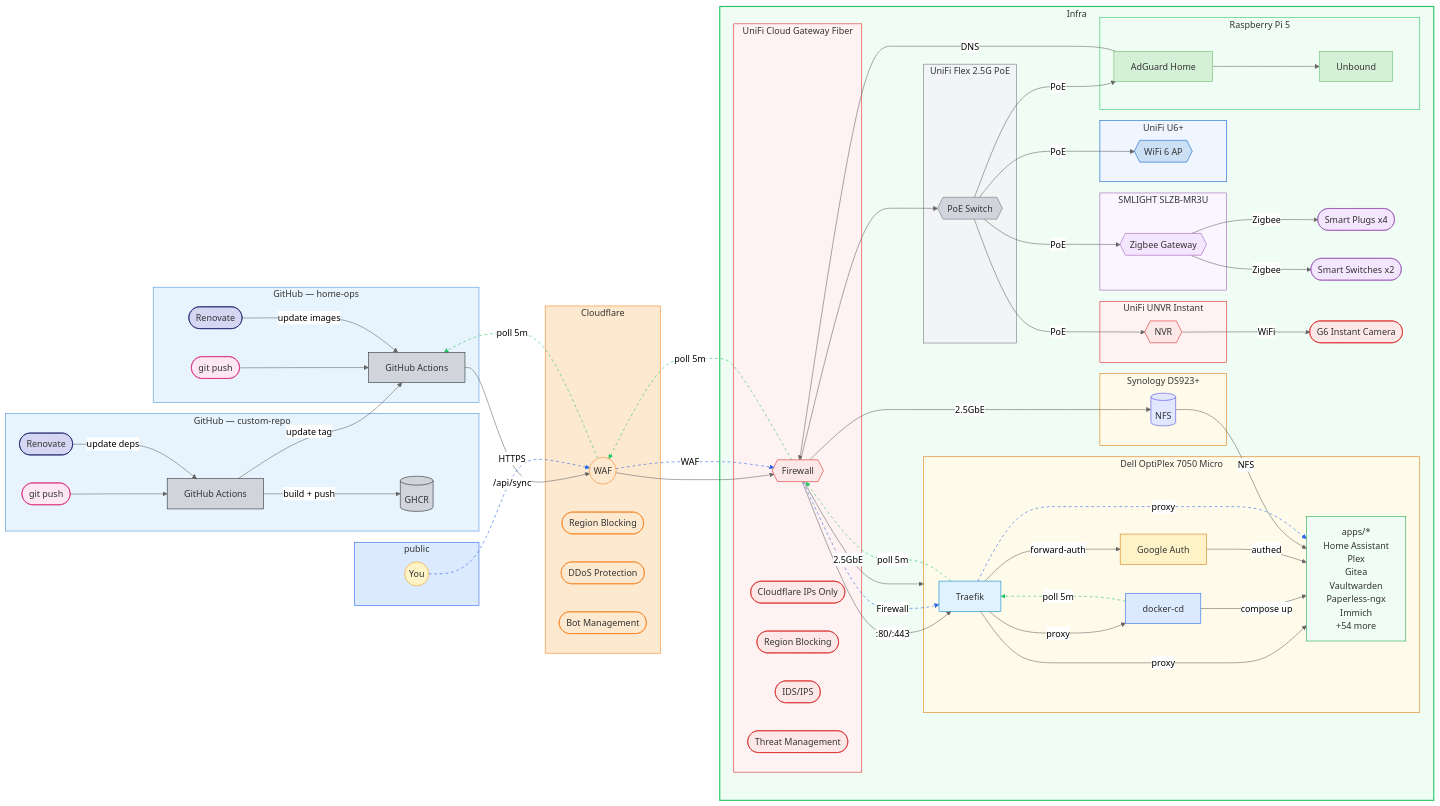
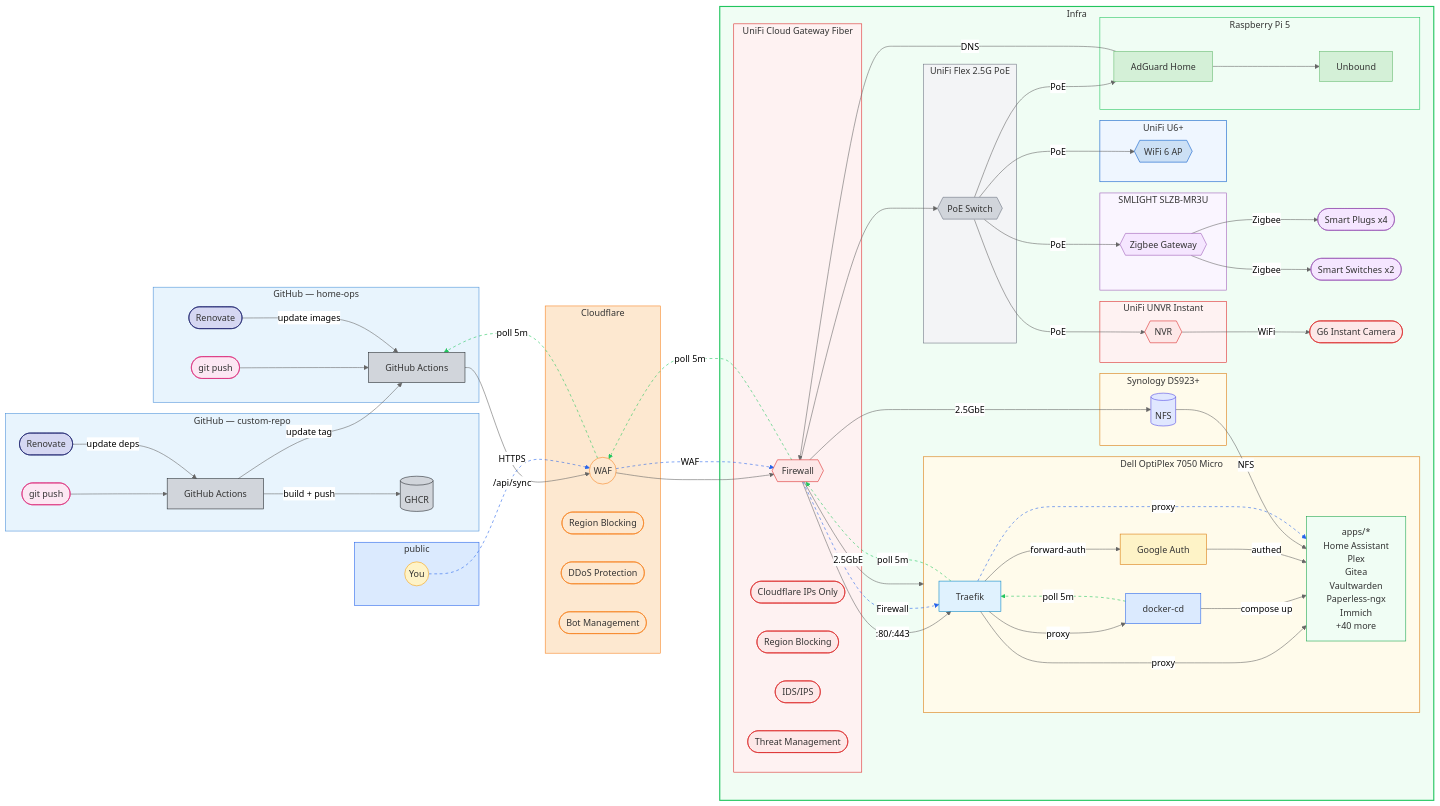
The diagram in README.md (wajeht/home-ops), drawn with Mermaid (neutral theme) before and after one commit. The commit also changed other lines of this file and 4 other files, not shown here.

```diff
--- a/README.md
+++ b/README.md
@@ -56,7 +56,7 @@
             Vaultwarden
             Paperless-ngx
             Immich
-            +54 more"]
+            +40 more"]
         end
 
         subgraph nas[Synology DS923+]
```
